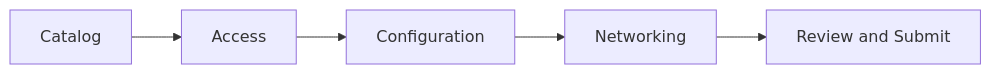
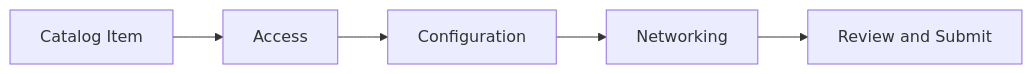
Before and after one commit to osac-project/enhancement-proposals: the diagram in enhancements/cluster-and-vm-provisioning-wizard/prd.md, drawn with Mermaid. The commit also changed other lines of this file, not shown here.

Commit message:
OSAC-1421: rename wizard Catalog step to Catalog Item.

````diff
--- a/enhancements/cluster-and-vm-provisioning-wizard/prd.md
+++ b/enhancements/cluster-and-vm-provisioning-wizard/prd.md
@@ -187,7 +187,7 @@
 ```mermaid
 flowchart LR
-  A[Catalog] --> B[Access]
+  A[Catalog Item] --> B[Access]
   B --> C[Configuration]
   C --> D[Networking]
   D --> E[Review and Submit]
 ```
````
